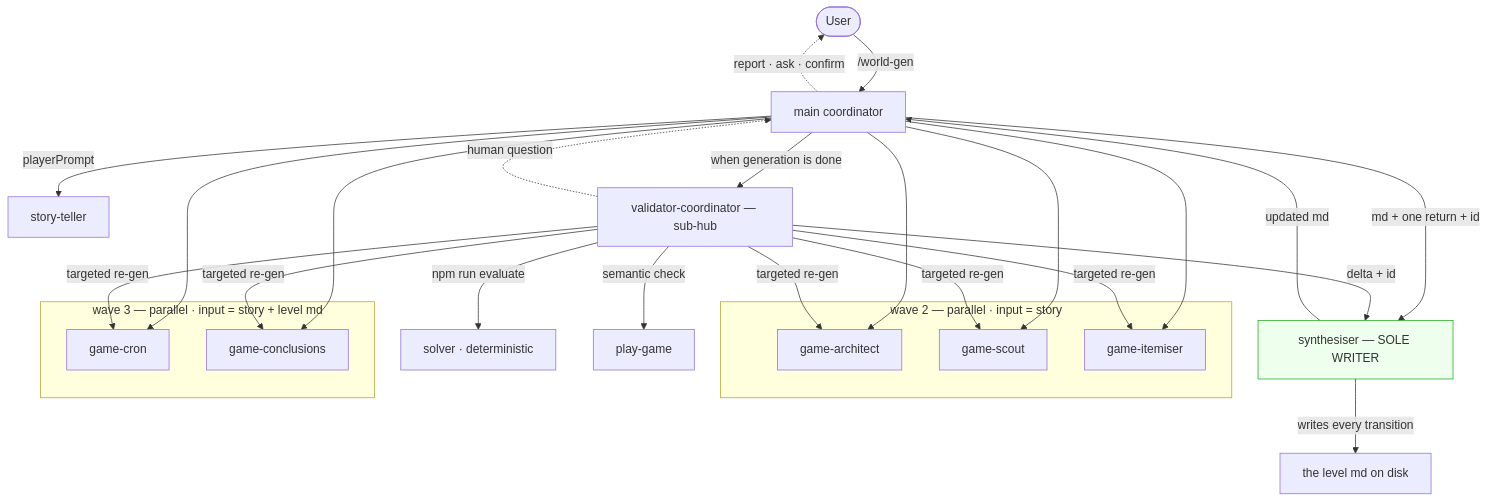
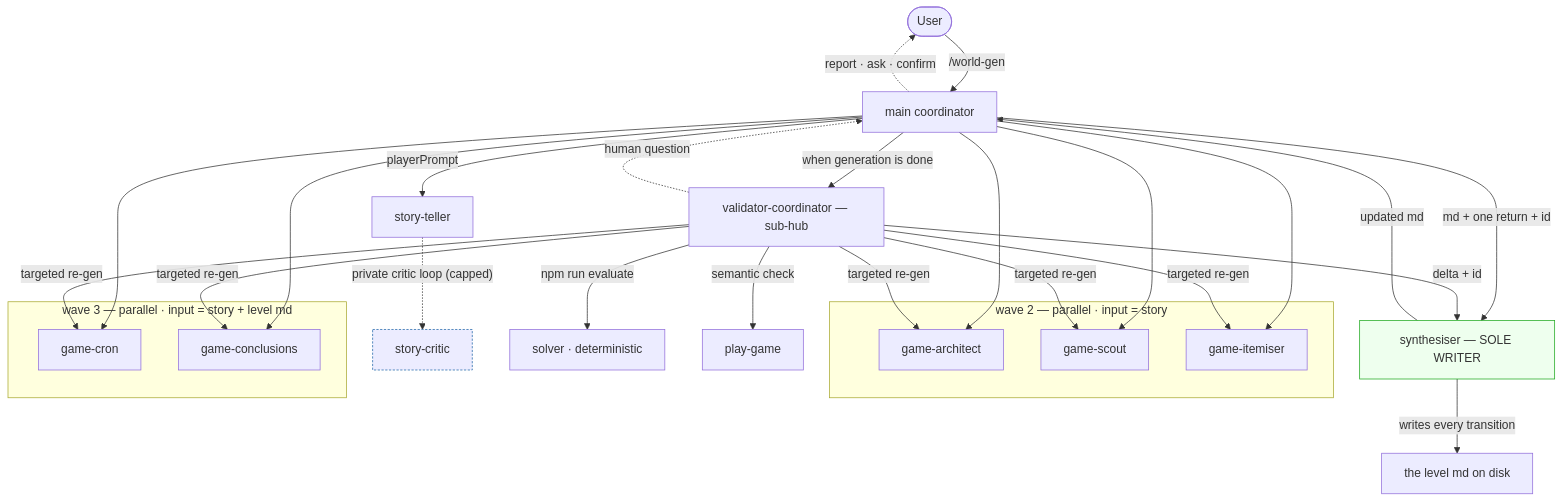
Before and after one commit to DecentAppsNet/castle-mystery: the second of 2 diagrams in docs/design/world-gen-agentic-hld.md, drawn with Mermaid. The commit also changed other lines of this file and 3 other files, not shown here.

````diff
--- a/docs/design/world-gen-agentic-hld.md
+++ b/docs/design/world-gen-agentic-hld.md
@@ -138,32 +144,34 @@
 ```mermaid
 flowchart TD
     U([User]) -->|"/world-gen"| WG["main coordinator"]
     WG -.->|"report · ask · confirm"| U
 
     WG -->|"playerPrompt"| ST["story-teller"]
+    ST -.->|"private critic loop (capped)"| SK["story-critic"]:::child
 
     subgraph wave2["wave 2 — parallel · input = story"]
         AR["game-architect"]
         SC["game-scout"]
         IT["game-itemiser"]
     end
     subgraph wave3["wave 3 — parallel · input = story + level md"]
         CR["game-cron"]
         CN["game-conclusions"]
     end
 
     WG --> AR & SC & IT
     WG --> CR & CN
     WG -->|"md + one return + id"| SY["synthesiser — SOLE WRITER"]:::writer
     SY -->|"writes every transition"| FILE["the level md on disk"]
     SY -->|"updated md"| WG
 
     WG -->|"when generation is done"| VC["validator-coordinator — sub-hub"]
     VC -->|"npm run evaluate"| EV["solver · deterministic"]
     VC -->|"semantic check"| PG["play-game"]
     VC -->|"targeted re-gen"| AR & SC & IT & CR & CN
     VC -->|"delta + id"| SY
     VC -.->|"human question"| WG
 
     classDef writer fill:#efe,stroke:#2a2;
+    classDef child stroke-dasharray:3 2,stroke:#2266aa;
 ```
````
